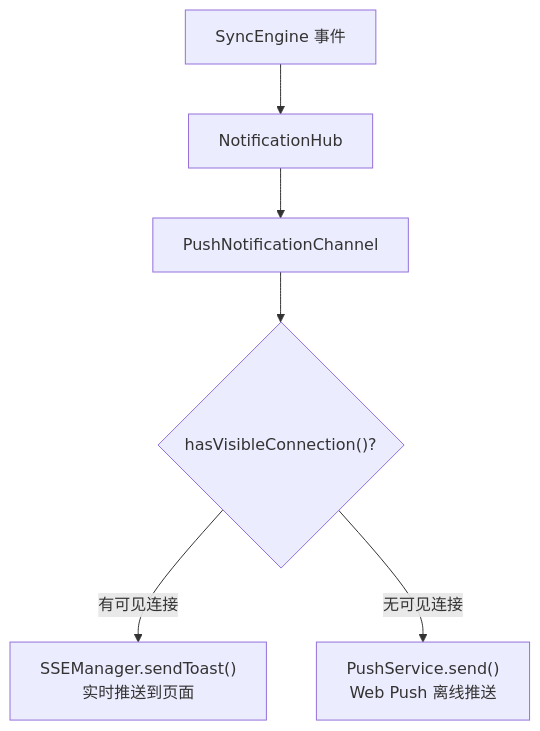
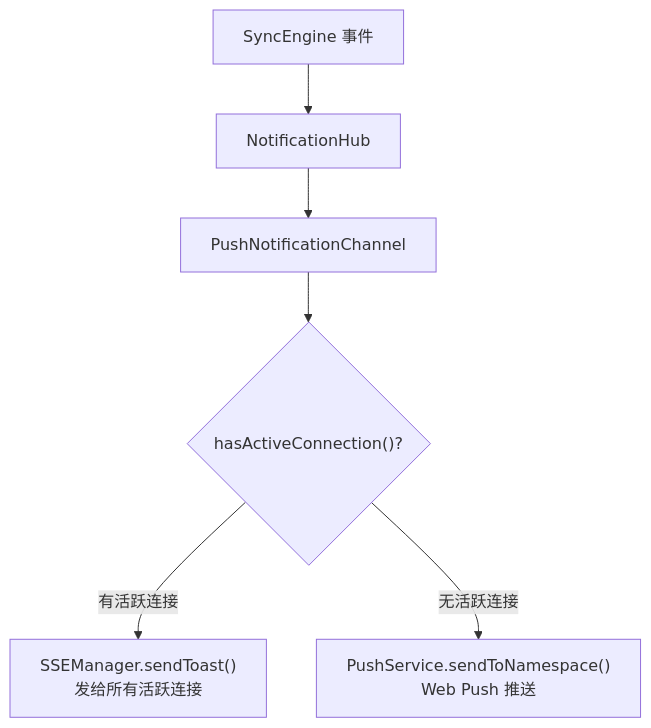
One commit to ModuBit/mobi changed the third of 3 diagrams in docs/architecture/hub/visibility/README.md. Above: the diagram before and after it, drawn with Mermaid. The commit also changed other lines of this file and 6 other files, not shown here.

````diff
--- a/docs/architecture/hub/visibility/README.md
+++ b/docs/architecture/hub/visibility/README.md
@@ -84,8 +84,8 @@
 ```mermaid
 flowchart TB
     Event["SyncEngine 事件"] --> NH["NotificationHub"]
     NH --> PNC["PushNotificationChannel"]
-    PNC --> Check{"hasVisibleConnection()?"}
-    Check -->|"有可见连接"| SSE["SSEManager.sendToast()<br/>实时推送到页面"]
-    Check -->|"无可见连接"| Push["PushService.send()<br/>Web Push 离线推送"]
+    PNC --> Check{"hasActiveConnection()?"}
+    Check -->|"有活跃连接"| SSE["SSEManager.sendToast()<br/>发给所有活跃连接"]
+    Check -->|"无活跃连接"| Push["PushService.sendToNamespace()<br/>Web Push 推送"]
 ```
````
